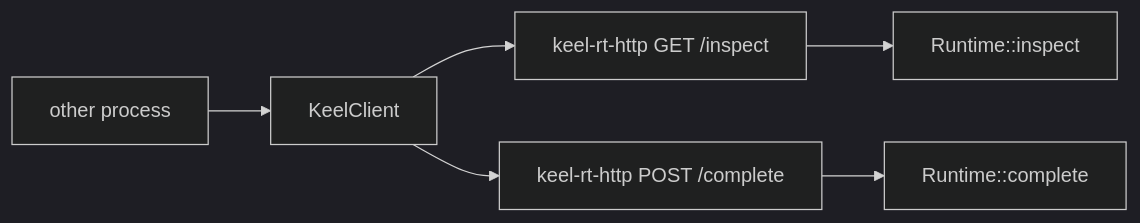
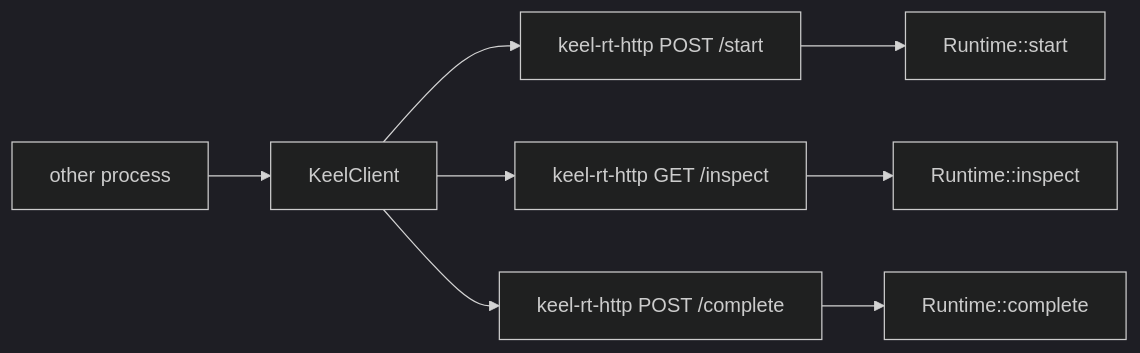
Before and after one commit to nessalabs/keel-rt: the second of 5 diagrams in docs/ARCHITECTURE.md, drawn with Mermaid (dark theme). The commit also changed other lines of this file and 9 other files, not shown here.

````diff
--- a/docs/ARCHITECTURE.md
+++ b/docs/ARCHITECTURE.md
@@ -112,12 +115,15 @@
 ```mermaid
 flowchart LR
   other[other process]
   client[KeelClient]
+  httpStart["keel-rt-http POST /start"]
   httpGet["keel-rt-http GET /inspect"]
   httpPost["keel-rt-http POST /complete"]
+  rts["Runtime::start"]
   rti["Runtime::inspect"]
   rtc["Runtime::complete"]
   other --> client
+  client --> httpStart --> rts
   client --> httpGet --> rti
   client --> httpPost --> rtc
 ```
````
